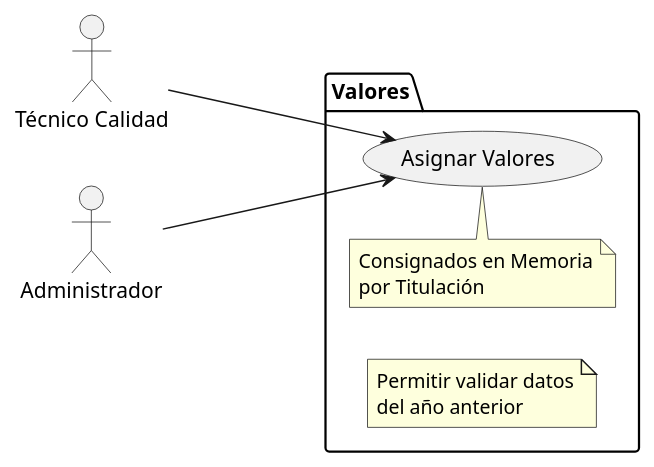
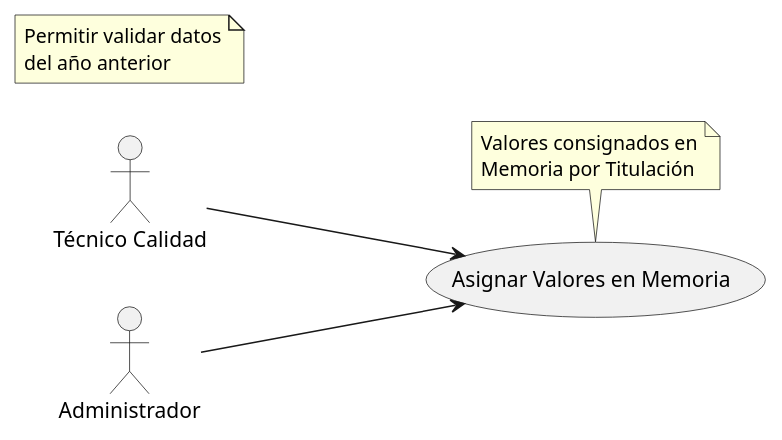
One commit to mmasias/24-25-IdSw1-SDR changed the diagram in modelosUML/CdU/Individuales/AsignarValores.puml. Above: the diagram before and after it, drawn with PlantUML. The commit also changed 17 other files, not shown here.

Commit message:
Actualizar diagramas de casos de uso para mejorar la claridad y consistencia de los nombres y notas, y eliminar paquetes innecesarios.

```diff
--- a/modelosUML/CdU/Individuales/AsignarValores.puml
+++ b/modelosUML/CdU/Individuales/AsignarValores.puml
@@ -1,19 +1,17 @@
 @startuml
 left to right direction
 
 actor "Técnico Calidad" as tec
 actor "Administrador" as admin
 
-package "Valores" as valoresPackage {
-    usecase "Asignar Valores" as asignarValores
-    note top of asignarValores
-        Consignados en Memoria
-        por Titulación
-    end note
+usecase "Asignar Valores en Memoria" as asignarValores
+note top of asignarValores
+    Valores consignados en
+    Memoria por Titulación
+end note
 
-    note "Permitir validar datos\ndel año anterior" as valoresDef
-}
+note "Permitir validar datos\ndel año anterior" as valoresDef
 
 tec ---> asignarValores
 admin ---> asignarValores
 @enduml
```
